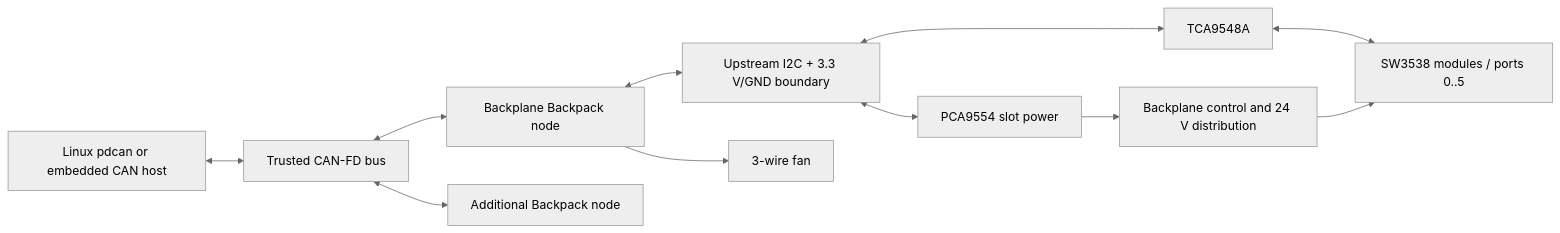
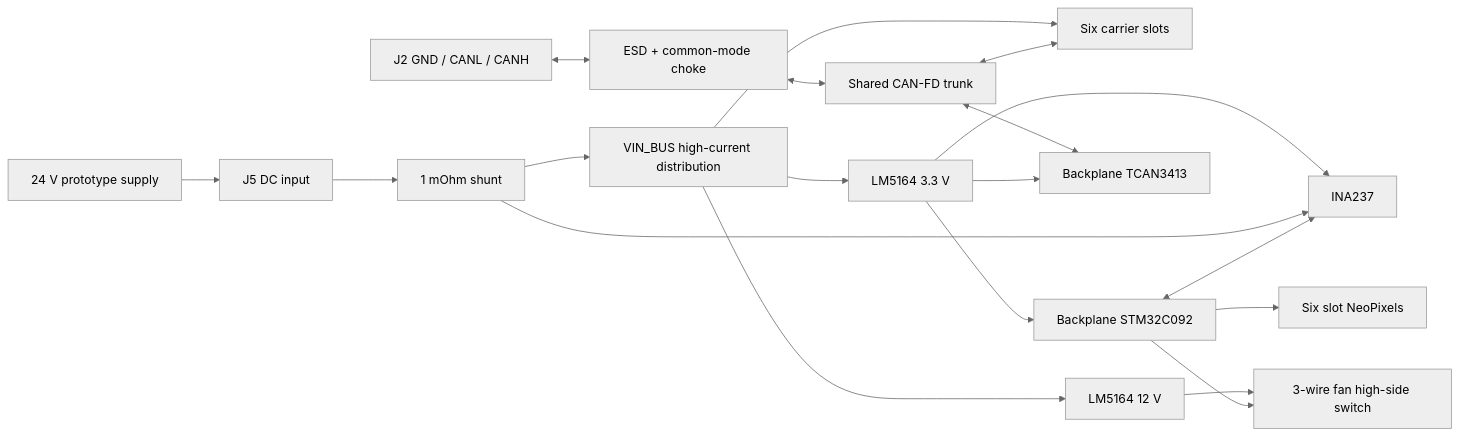
Before and after one commit to kquinsland/modular-rack-mount-power-system: the diagram in docs/system-overview.md, drawn with Mermaid (neutral theme). The commit also changed other lines of this file and 13 other files, not shown here.

Commit message:
hardware: consolidate backplane schematic

````diff
--- a/docs/system-overview.md
+++ b/docs/system-overview.md
@@ -7,24 +8,23 @@
 ```mermaid
 flowchart LR
-    host[Linux pdcan or embedded CAN host]
-    can[Trusted CAN-FD bus]
-    backpack1[Backplane Backpack node]
-    backpack2[Additional Backpack node]
-    boundary[Upstream I2C + 3.3 V/GND boundary]
-    backplane[Backplane control and 24 V distribution]
-    pca[PCA9554 slot power]
-    mux[TCA9548A]
-    modules[SW3538 modules / ports 0..5]
-    fan[3-wire fan]
+    supply[24 V prototype supply] --> input[J5 DC input]
+    input --> shunt[1 mOhm shunt]
+    shunt --> bus[VIN_BUS high-current distribution]
+    bus --> slots[Six carrier slots]
+    bus --> buck3[LM5164 3.3 V]
+    bus --> buck12[LM5164 12 V]
 
-    host <--> can
-    can <--> backpack1
-    can <--> backpack2
-    backpack1 <--> boundary
-    boundary <--> pca
-    boundary <--> mux
-    pca --> backplane
-    mux <--> modules
-    backplane --> modules
-    backpack1 --> fan
+    canext[J2 GND / CANL / CANH] <--> protection[ESD + common-mode choke]
+    protection <--> canbus[Shared CAN-FD trunk]
+    canbus <--> phy[Backplane TCAN3413]
+    canbus <--> slots
+
+    buck3 --> mcu[Backplane STM32C092]
+    buck3 --> monitor[INA237]
+    buck3 --> phy
+    shunt --> monitor
+    mcu <--> monitor
+    mcu --> leds[Six slot NeoPixels]
+    buck12 --> fan[3-wire fan high-side switch]
+    mcu --> fan
 ```
````
